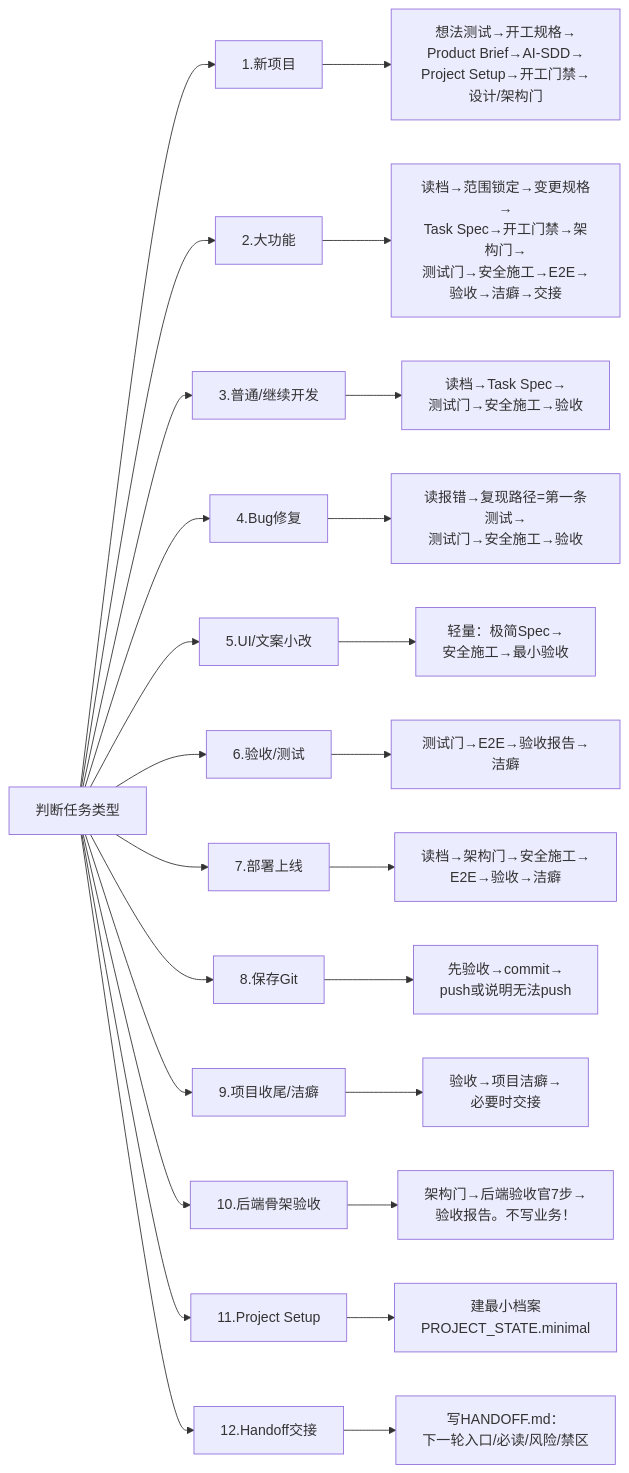
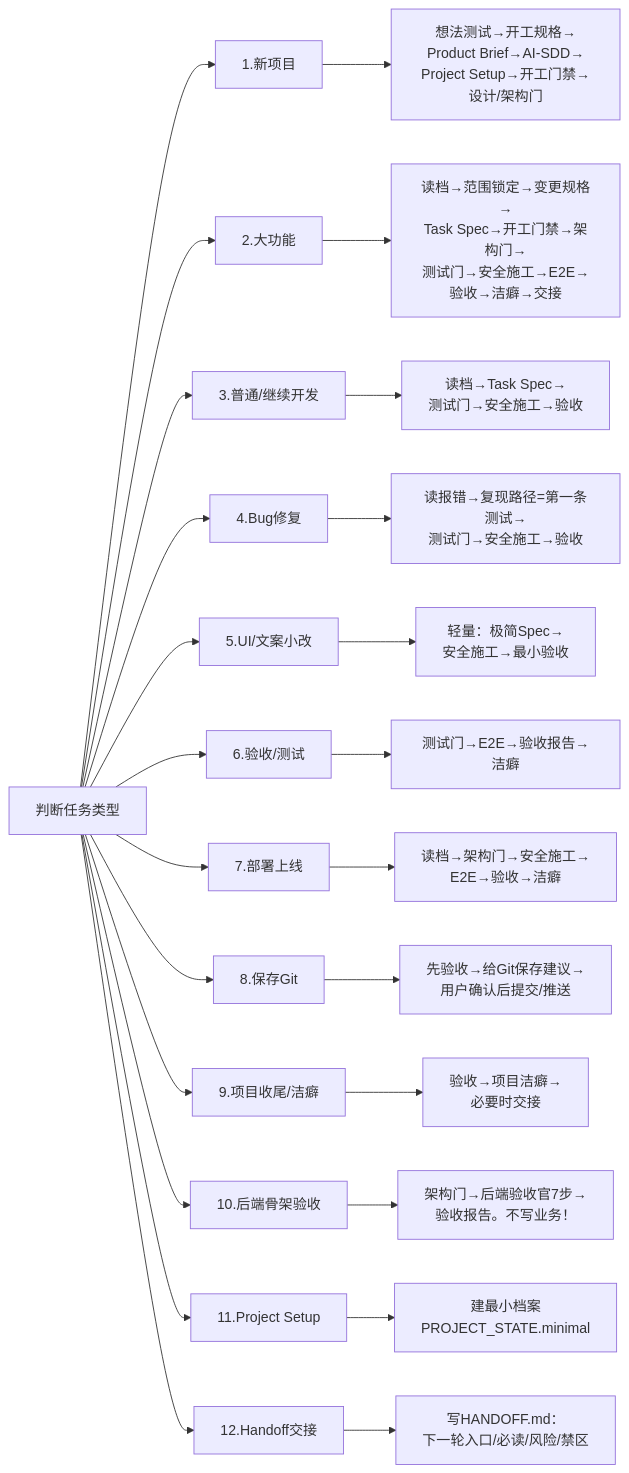
The second of 3 diagrams in FLOWCHART.md (kunkunzi996/kun-vibe-coding-skill), drawn with Mermaid before and after one commit. The commit also changed other lines of this file and 5 other files, not shown here.

````diff
--- a/FLOWCHART.md
+++ b/FLOWCHART.md
@@ -57,28 +57,28 @@
 ```mermaid
 flowchart LR
     R[判断任务类型] --> T1
     R --> T2
     R --> T3
     R --> T4
     R --> T5
     R --> T6
     R --> T7
     R --> T8
     R --> T9
     R --> T10
     R --> T11
     R --> T12
 
     T1[1.新项目] --> T1x[想法测试→开工规格→<br/>Product Brief→AI-SDD→<br/>Project Setup→开工门禁→设计/架构门]
     T2[2.大功能] --> T2x[读档→范围锁定→变更规格→<br/>Task Spec→开工门禁→架构门→<br/>测试门→安全施工→E2E→验收→洁癖→交接]
     T3[3.普通/继续开发] --> T3x[读档→Task Spec→<br/>测试门→安全施工→验收]
     T4[4.Bug修复] --> T4x[读报错→复现路径=第一条测试→<br/>测试门→安全施工→验收]
     T5[5.UI/文案小改] --> T5x[轻量：极简Spec→<br/>安全施工→最小验收]
     T6[6.验收/测试] --> T6x[测试门→E2E→验收报告→洁癖]
     T7[7.部署上线] --> T7x[读档→架构门→安全施工→<br/>E2E→验收→洁癖]
-    T8[8.保存Git] --> T8x[先验收→commit→<br/>push或说明无法push]
+    T8[8.保存Git] --> T8x[先验收→给Git保存建议→<br/>用户确认后提交/推送]
     T9[9.项目收尾/洁癖] --> T9x[验收→项目洁癖→<br/>必要时交接]
     T10[10.后端骨架验收] --> T10x[架构门→后端验收官7步→<br/>验收报告。不写业务！]
     T11[11.Project Setup] --> T11x[建最小档案<br/>PROJECT_STATE.minimal]
     T12[12.Handoff交接] --> T12x[写HANDOFF.md：<br/>下一轮入口/必读/风险/禁区]
 ```
````
